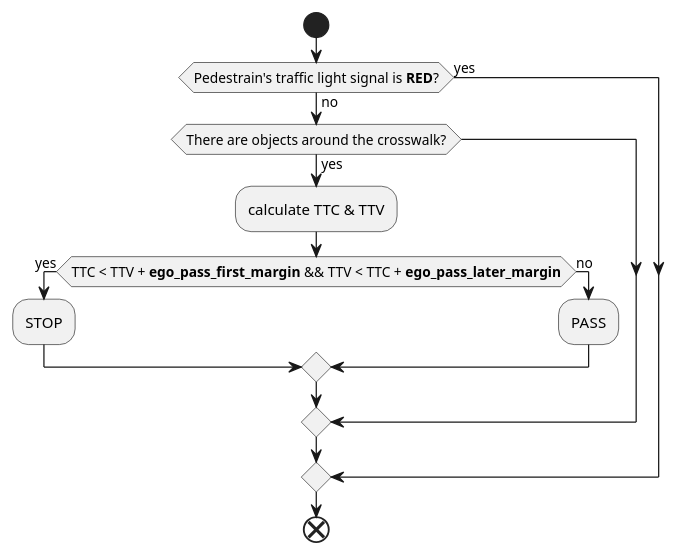
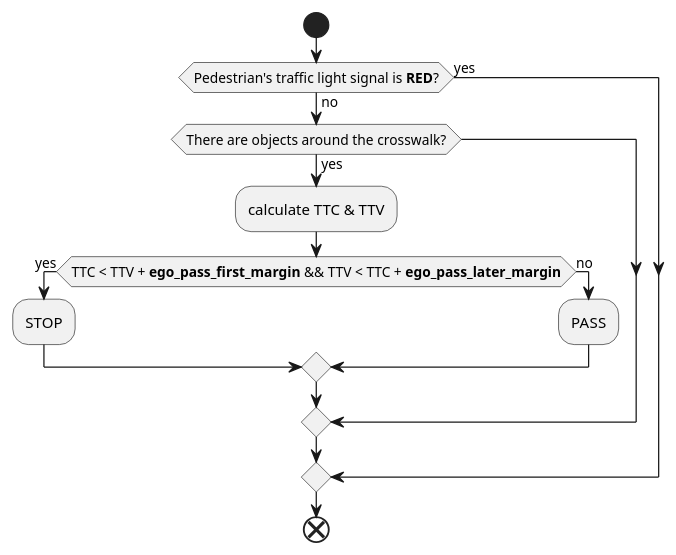
The second of 2 diagrams in src/universe/autoware.universe/planning/behavior_velocity_planner/crosswalk-design.md (IEIAuto/AutoDRRT), drawn with PlantUML before and after one commit. The commit also changed 10583 other files, not shown here.

````diff
--- a/src/universe/autoware.universe/planning/behavior_velocity_planner/crosswalk-design.md
+++ b/src/universe/autoware.universe/planning/behavior_velocity_planner/crosswalk-design.md
@@ -176,15 +176,15 @@
 ```plantuml
 start
-if (Pedestrain's traffic light signal is **RED**?) then (yes)
+if (Pedestrian's traffic light signal is **RED**?) then (yes)
 else (no)
   if (There are objects around the crosswalk?) then (yes)
     :calculate TTC & TTV;
     if (TTC < TTV + **ego_pass_first_margin** && TTV < TTC + **ego_pass_later_margin**) then (yes)
       :STOP;
     else (no)
       :PASS;
     endif
   endif
 endif
 end
 ```
````
